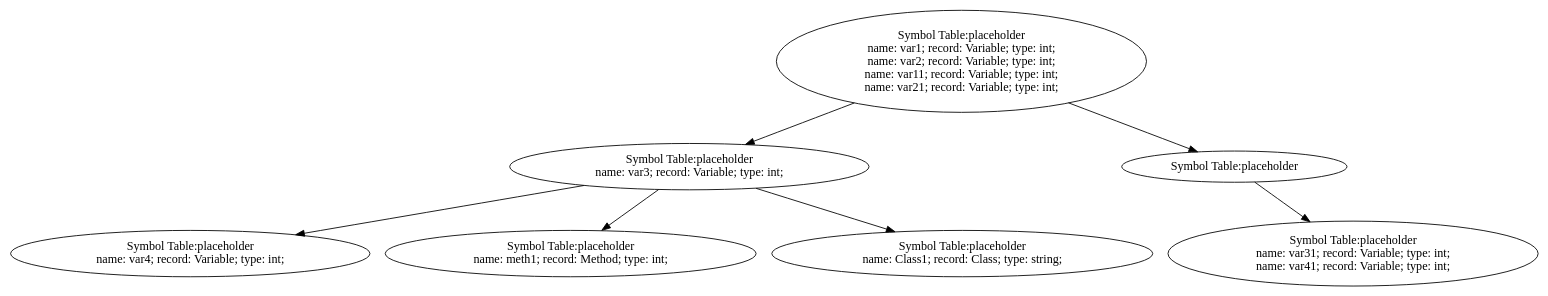
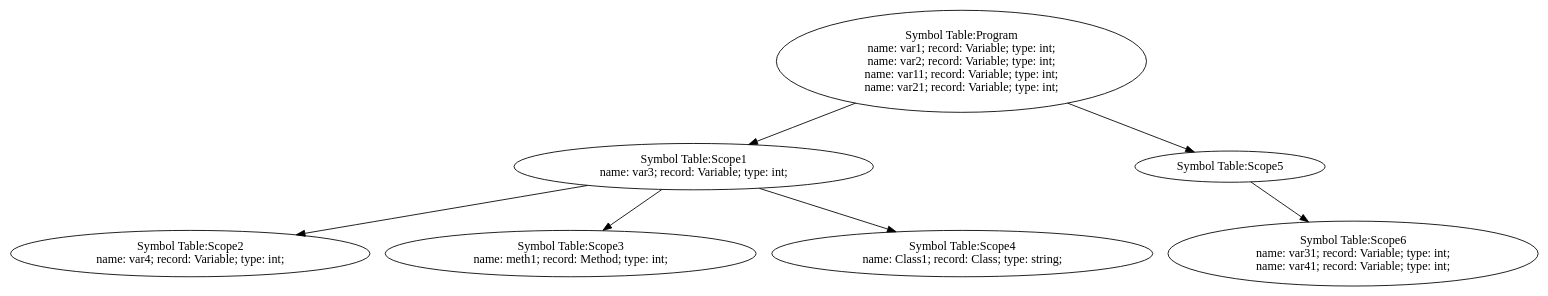
The diagram in lab2/st-tree.dot (moondog-matthew/compiler-dv1655), drawn with Graphviz before and after one commit. The commit also changed 4 other files, not shown here.

```diff
--- a/lab2/st-tree.dot
+++ b/lab2/st-tree.dot
@@ -1,25 +1,25 @@
 digraph {
-n0 [label="Symbol Table:placeholder
+n0 [label="Symbol Table:Program
 name: var1; record: Variable; type: int;
 name: var2; record: Variable; type: int;
 name: var11; record: Variable; type: int;
 name: var21; record: Variable; type: int;"];
-n1 [label="Symbol Table:placeholder
+n1 [label="Symbol Table:Scope1
 name: var3; record: Variable; type: int;"];
-n2 [label="Symbol Table:placeholder
+n2 [label="Symbol Table:Scope2
 name: var4; record: Variable; type: int;"];
 n1 -> n2
-n3 [label="Symbol Table:placeholder
+n3 [label="Symbol Table:Scope3
 name: meth1; record: Method; type: int;"];
 n1 -> n3
-n4 [label="Symbol Table:placeholder
+n4 [label="Symbol Table:Scope4
 name: Class1; record: Class; type: string;"];
 n1 -> n4
 n0 -> n1
-n5 [label="Symbol Table:placeholder"];
-n6 [label="Symbol Table:placeholder
+n5 [label="Symbol Table:Scope5"];
+n6 [label="Symbol Table:Scope6
 name: var31; record: Variable; type: int;
 name: var41; record: Variable; type: int;"];
 n5 -> n6
 n0 -> n5
 }
```
